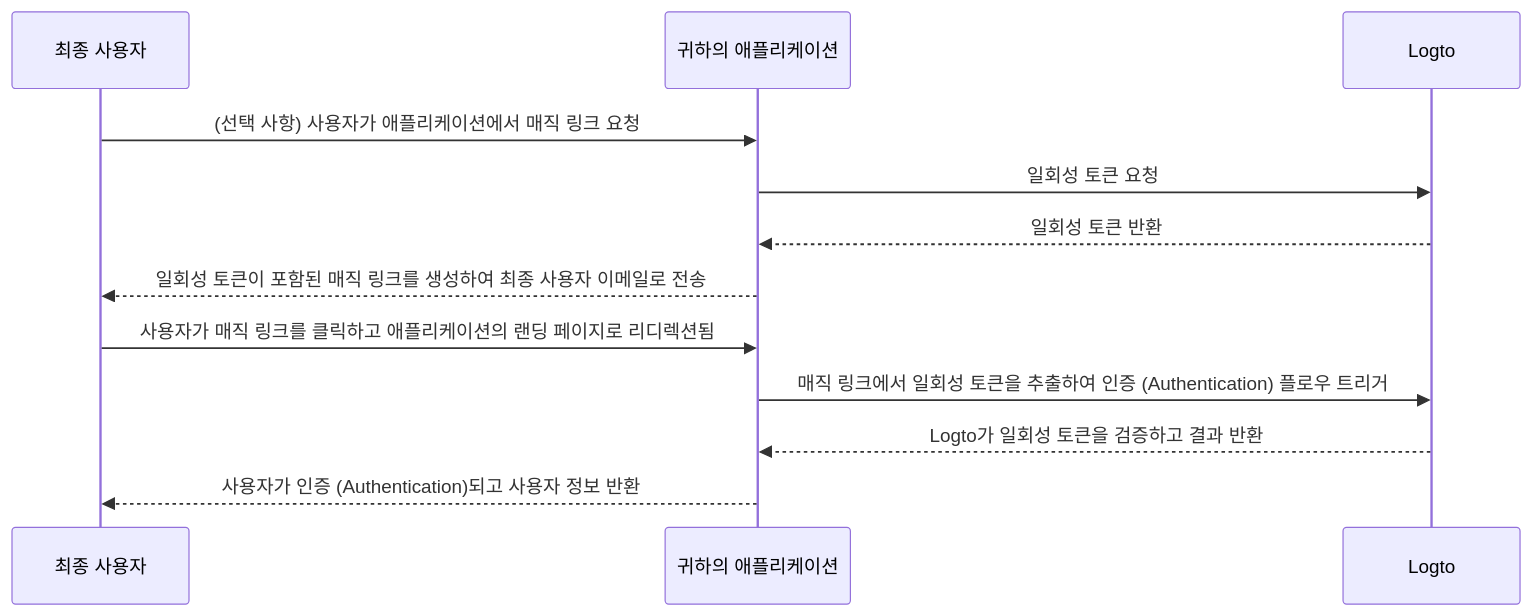
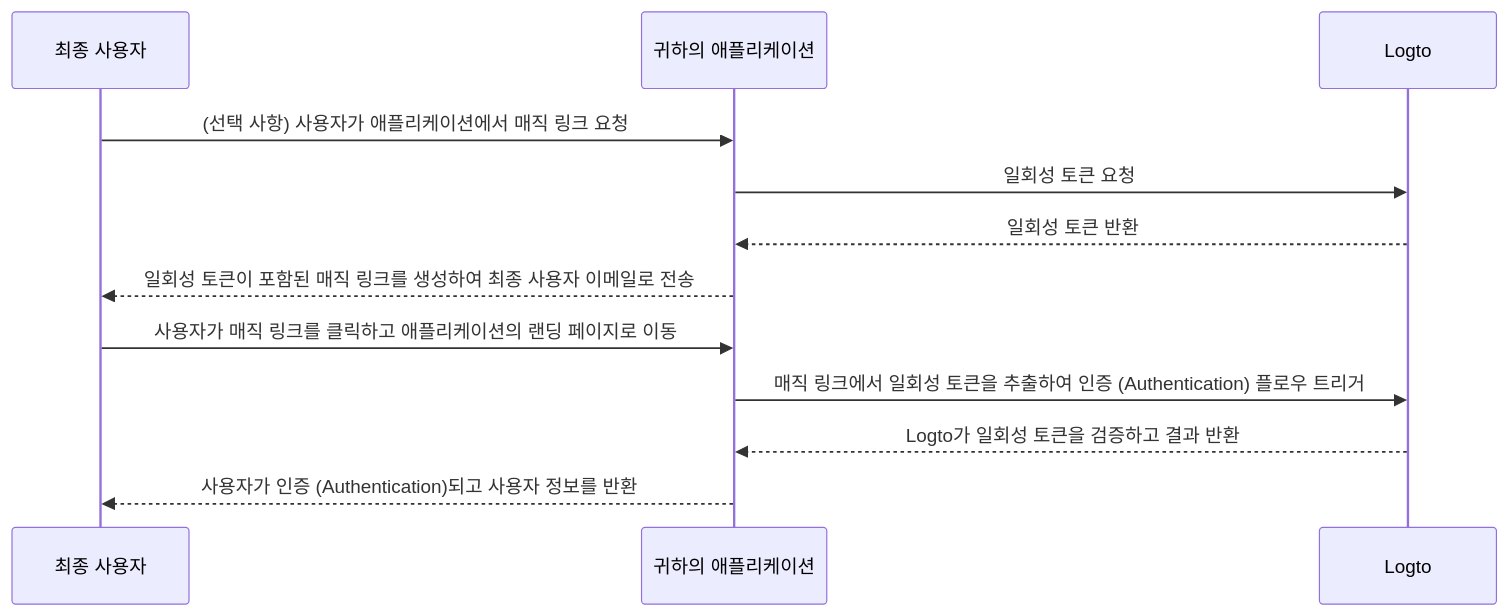
One commit to logto-io/docs changed the diagram in i18n/ko/docusaurus-plugin-content-docs/current/end-user-flows/one-time-token.mdx. Above: the diagram before and after it, drawn with Mermaid. The commit also changed other lines of this file and 26 other files, not shown here.

````diff
--- a/i18n/ko/docusaurus-plugin-content-docs/current/end-user-flows/one-time-token.mdx
+++ b/i18n/ko/docusaurus-plugin-content-docs/current/end-user-flows/one-time-token.mdx
@@ -38,15 +38,15 @@
 ```mermaid
 sequenceDiagram
   participant U as 최종 사용자
   participant C as 귀하의 애플리케이션
   participant L as Logto
 
   U ->> C: (선택 사항) 사용자가 애플리케이션에서 매직 링크 요청
   C ->> L: 일회성 토큰 요청
   L -->> C: 일회성 토큰 반환
   C -->> U: 일회성 토큰이 포함된 매직 링크를 생성하여 최종 사용자 이메일로 전송
-  U ->> C: 사용자가 매직 링크를 클릭하고 애플리케이션의 랜딩 페이지로 리디렉션됨
+  U ->> C: 사용자가 매직 링크를 클릭하고 애플리케이션의 랜딩 페이지로 이동
   C ->> L: 매직 링크에서 일회성 토큰을 추출하여 인증 (Authentication) 플로우 트리거
   L -->> C: Logto가 일회성 토큰을 검증하고 결과 반환
-  C -->> U: 사용자가 인증 (Authentication)되고 사용자 정보 반환
+  C -->> U: 사용자가 인증 (Authentication)되고 사용자 정보를 반환
 ```
````
